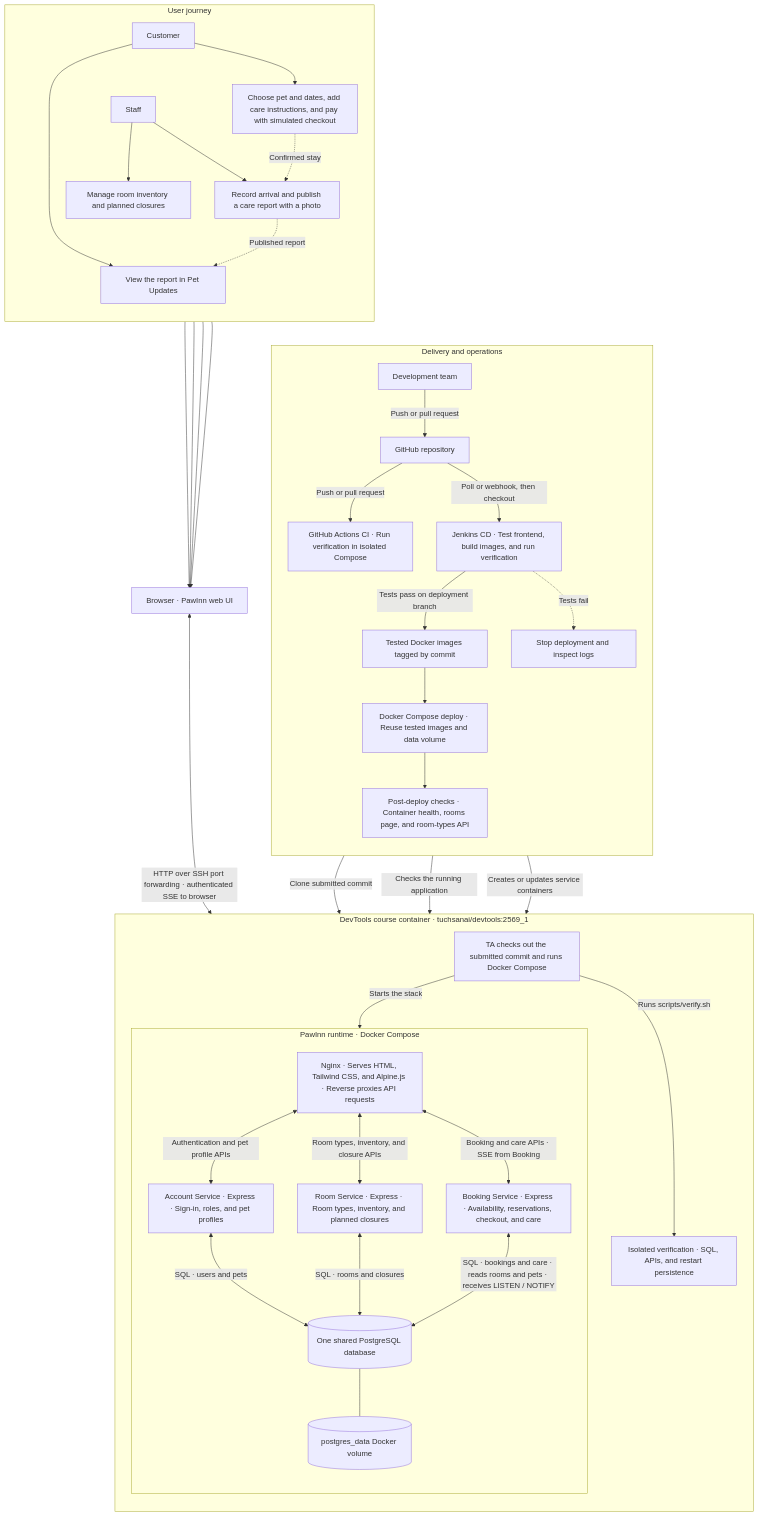
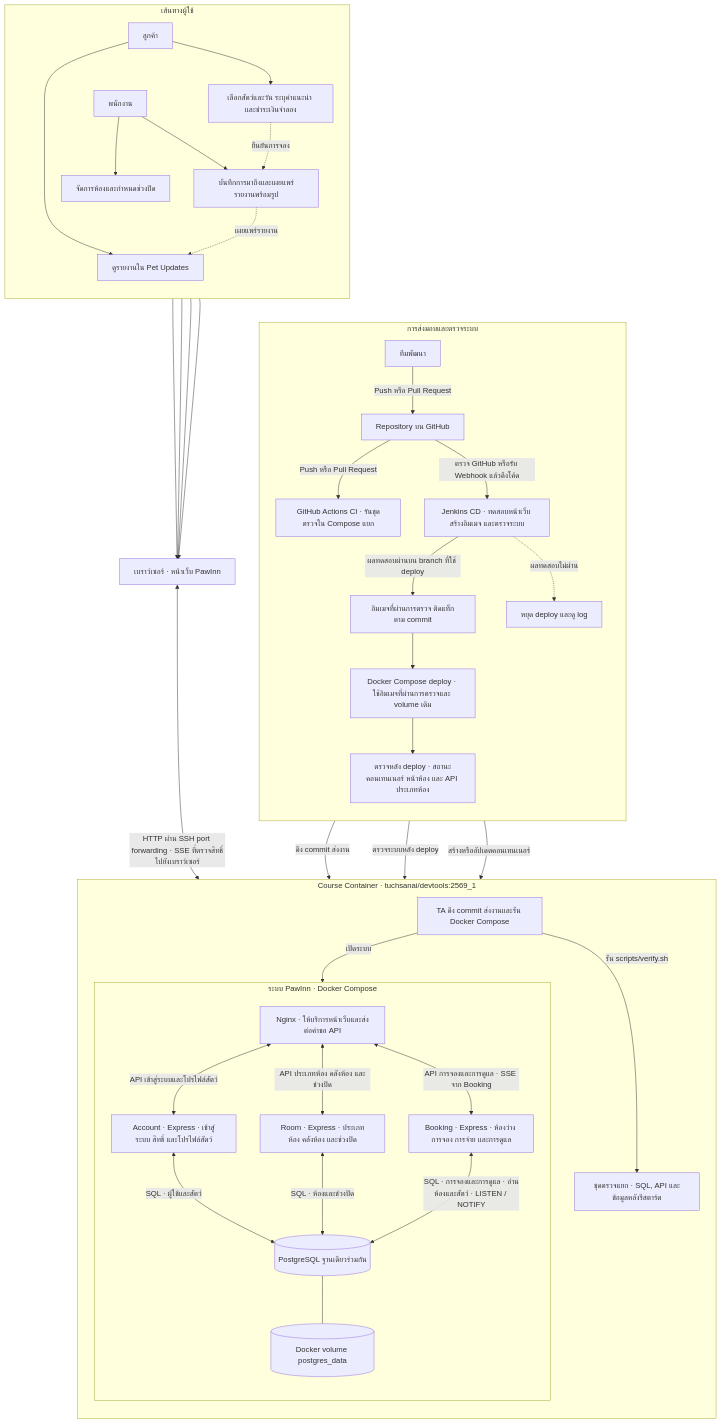
Before and after one commit to Alexandria-IT/PawInn: the diagram in README.md, drawn with Mermaid. The commit also changed other lines of this file and 16 other files, not shown here.

Commit message:
Localize and streamline PawInn delivery documentation

````diff
--- a/README.md
+++ b/README.md
@@ -165,66 +169,66 @@
 ```mermaid
 flowchart TB
-    subgraph USERS["User journey"]
+    subgraph USERS["เส้นทางผู้ใช้"]
         direction TB
-        CUSTOMER["Customer"]
-        STAFF["Staff"]
-        BOOK["Choose pet and dates, add care instructions, and pay with simulated checkout"]
-        CARE["Record arrival and publish a care report with a photo"]
-        UPDATES["View the report in Pet Updates"]
-        INV["Manage room inventory and planned closures"]
+        CUSTOMER["ลูกค้า"]
+        STAFF["พนักงาน"]
+        BOOK["เลือกสัตว์และวัน ระบุคำแนะนำ และชำระเงินจำลอง"]
+        CARE["บันทึกการมาถึงและเผยแพร่รายงานพร้อมรูป"]
+        UPDATES["ดูรายงานใน Pet Updates"]
+        INV["จัดการห้องและกำหนดช่วงปิด"]
 
         CUSTOMER --> BOOK
         CUSTOMER --> UPDATES
         STAFF --> CARE
         STAFF --> INV
-        BOOK -.->|Confirmed stay| CARE
-        CARE -.->|Published report| UPDATES
+        BOOK -.->|ยืนยันการจอง| CARE
+        CARE -.->|เผยแพร่รายงาน| UPDATES
     end
 
-    subgraph DELIVERY["Delivery and operations"]
+    subgraph DELIVERY["การส่งมอบและตรวจระบบ"]
         direction TB
-        DEV["Development team"] -->|Push or pull request| GIT["GitHub repository"]
-        GIT -->|Push or pull request| GHA["GitHub Actions CI · Run verification in isolated Compose"]
-        GIT -->|Poll or webhook, then checkout| J["Jenkins CD · Test frontend, build images, and run verification"]
-        J -->|Tests pass on deployment branch| IMAGES["Tested Docker images tagged by commit"]
-        J -.->|Tests fail| LOGS["Stop deployment and inspect logs"]
-        IMAGES --> DEPLOY["Docker Compose deploy · Reuse tested images and data volume"]
-        DEPLOY --> SMOKE["Post-deploy checks · Container health, rooms page, and room-types API"]
+        DEV["ทีมพัฒนา"] -->|Push หรือ Pull Request| GIT["Repository บน GitHub"]
+        GIT -->|Push หรือ Pull Request| GHA["GitHub Actions CI · รันชุดตรวจใน Compose แยก"]
+        GIT -->|ตรวจ GitHub หรือรับ Webhook แล้วดึงโค้ด| J["Jenkins CD · ทดสอบหน้าเว็บ สร้างอิมเมจ และตรวจระบบ"]
+        J -->|ผลทดสอบผ่านบน branch ที่ใช้ deploy| IMAGES["อิมเมจที่ผ่านการตรวจ ติดแท็กตาม commit"]
+        J -.->|ผลทดสอบไม่ผ่าน| LOGS["หยุด deploy และดู log"]
+        IMAGES --> DEPLOY["Docker Compose deploy · ใช้อิมเมจที่ผ่านการตรวจและ volume เดิม"]
+        DEPLOY --> SMOKE["ตรวจหลัง deploy · สถานะคอนเทนเนอร์ หน้าห้อง และ API ประเภทห้อง"]
     end
 
-    BOOK --> WEB["Browser · PawInn web UI"]
+    BOOK --> WEB["เบราว์เซอร์ · หน้าเว็บ PawInn"]
     CARE --> WEB
     UPDATES --> WEB
     INV --> WEB
 
-    subgraph COURSE["DevTools course container · tuchsanai/devtools:2569_1"]
+    subgraph COURSE["Course Container · tuchsanai/devtools:2569_1"]
         direction TB
-        REPRO["TA checks out the submitted commit and runs Docker Compose"]
-        REPRO -->|Runs scripts/verify.sh| COURSETEST["Isolated verification · SQL, APIs, and restart persistence"]
+        REPRO["TA ดึง commit ส่งงานและรัน Docker Compose"]
+        REPRO -->|รัน scripts/verify.sh| COURSETEST["ชุดตรวจแยก · SQL, API และข้อมูลหลังรีสตาร์ต"]
 
-        subgraph STACK["PawInn runtime · Docker Compose"]
+        subgraph STACK["ระบบ PawInn · Docker Compose"]
             direction TB
-            NGINX["Nginx · Serves HTML, Tailwind CSS, and Alpine.js · Reverse proxies API requests"]
-            ACCOUNT["Account Service · Express · Sign-in, roles, and pet profiles"]
-            ROOM["Room Service · Express · Room types, inventory, and planned closures"]
-            BOOKING["Booking Service · Express · Availability, reservations, checkout, and care"]
-            PG[("One shared PostgreSQL database")]
-            VOL[("postgres_data Docker volume")]
+            NGINX["Nginx · ให้บริการหน้าเว็บและส่งต่อคำขอ API"]
+            ACCOUNT["Account · Express · เข้าสู่ระบบ สิทธิ์ และโปรไฟล์สัตว์"]
+            ROOM["Room · Express · ประเภทห้อง คลังห้อง และช่วงปิด"]
+            BOOKING["Booking · Express · ห้องว่าง การจอง การจ่าย และการดูแล"]
+            PG[("PostgreSQL ฐานเดียวร่วมกัน")]
+            VOL[("Docker volume postgres_data")]
 
-            NGINX <-->|Authentication and pet profile APIs| ACCOUNT
-            NGINX <-->|Room types, inventory, and closure APIs| ROOM
-            NGINX <-->|Booking and care APIs · SSE from Booking| BOOKING
-            ACCOUNT <-->|SQL · users and pets| PG
-            ROOM <-->|SQL · rooms and closures| PG
-            BOOKING <-->|SQL · bookings and care · reads rooms and pets · receives LISTEN / NOTIFY| PG
+            NGINX <-->|API เข้าสู่ระบบและโปรไฟล์สัตว์| ACCOUNT
+            NGINX <-->|API ประเภทห้อง คลังห้อง และช่วงปิด| ROOM
+            NGINX <-->|API การจองและการดูแล · SSE จาก Booking| BOOKING
+            ACCOUNT <-->|SQL · ผู้ใช้และสัตว์| PG
+            ROOM <-->|SQL · ห้องและช่วงปิด| PG
+            BOOKING <-->|SQL · การจองและการดูแล · อ่านห้องและสัตว์ · LISTEN / NOTIFY| PG
             PG --- VOL
         end
 
-        REPRO -->|Starts the stack| STACK
+        REPRO -->|เปิดระบบ| STACK
     end
 
-    WEB <-->|HTTP over SSH port forwarding · authenticated SSE to browser| NGINX
-    GIT -->|Clone submitted commit| REPRO
-    DEPLOY -->|Creates or updates service containers| STACK
-    SMOKE -->|Checks the running application| NGINX
+    WEB <-->|HTTP ผ่าน SSH port forwarding · SSE ที่ตรวจสิทธิ์ไปยังเบราว์เซอร์| NGINX
+    GIT -->|ดึง commit ส่งงาน| REPRO
+    DEPLOY -->|สร้างหรืออัปเดตคอนเทนเนอร์| STACK
+    SMOKE -->|ตรวจระบบหลัง deploy| NGINX
 ```
````
